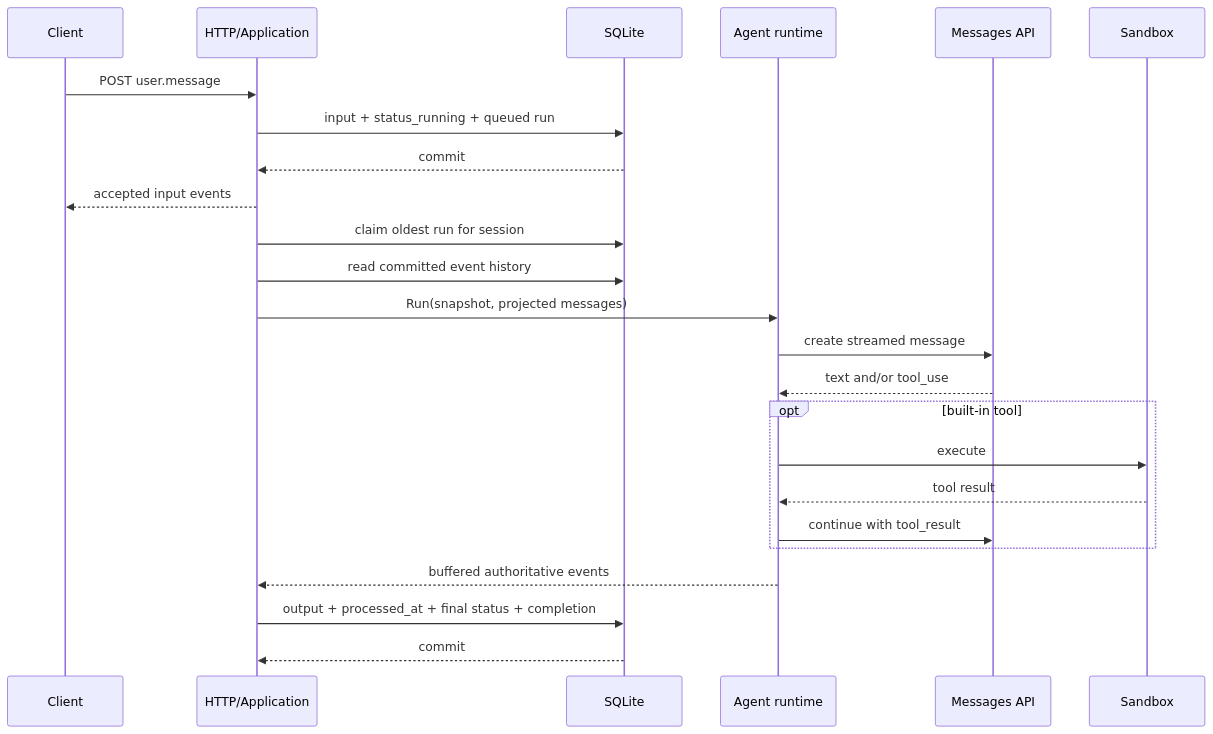
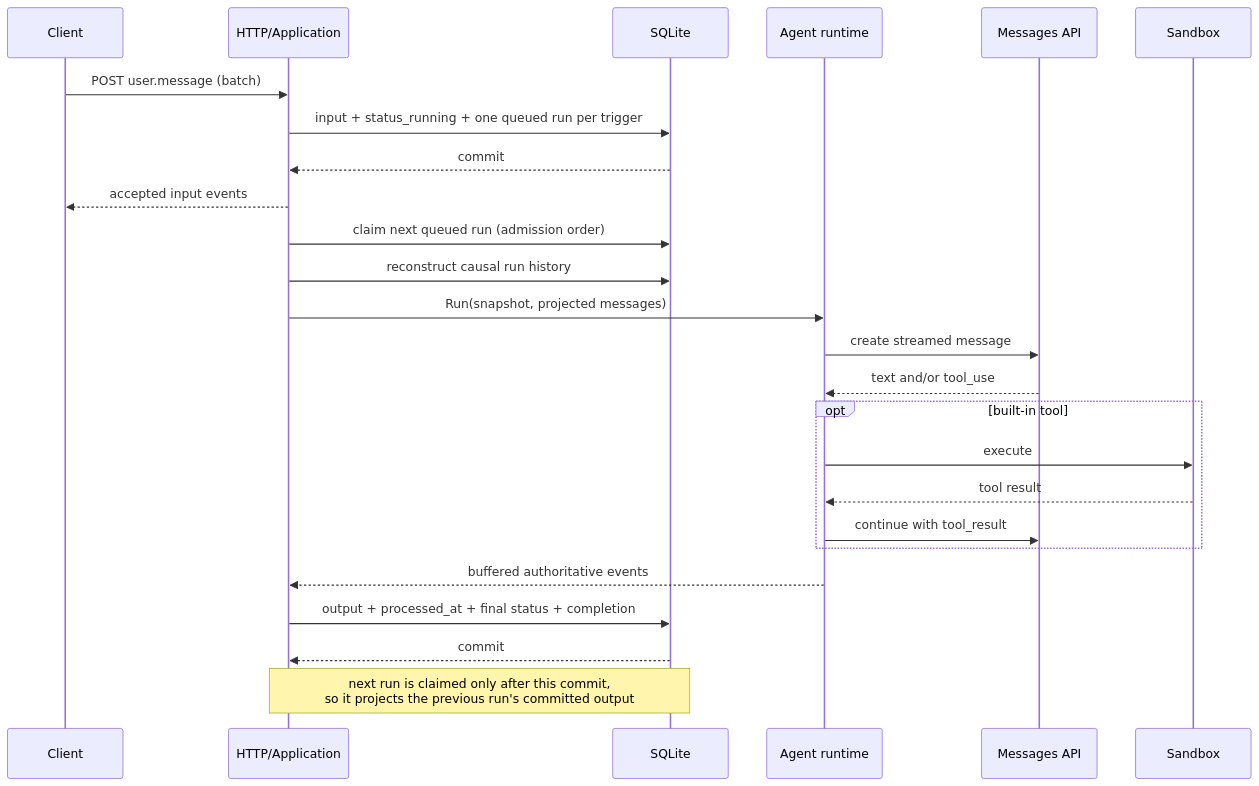
One commit to yanpgwang/managed-agent-go changed the second of 2 diagrams in docs/architecture/session-lifecycle.md. Above: the diagram before and after it, drawn with Mermaid. The commit also changed other lines of this file and 11 other files, not shown here.

Commit message:
feat: process session events as durable causal runs

````diff
--- a/docs/architecture/session-lifecycle.md
+++ b/docs/architecture/session-lifecycle.md
@@ -25,27 +25,28 @@
 ```mermaid
 sequenceDiagram
   participant C as Client
   participant A as HTTP/Application
   participant DB as SQLite
   participant R as Agent runtime
   participant M as Messages API
   participant S as Sandbox
 
-  C->>A: POST user.message
-  A->>DB: input + status_running + queued run
+  C->>A: POST user.message (batch)
+  A->>DB: input + status_running + one queued run per trigger
   DB-->>A: commit
   A-->>C: accepted input events
-  A->>DB: claim oldest run for session
-  A->>DB: read committed event history
+  A->>DB: claim next queued run (admission order)
+  A->>DB: reconstruct causal run history
   A->>R: Run(snapshot, projected messages)
   R->>M: create streamed message
   M-->>R: text and/or tool_use
   opt built-in tool
     R->>S: execute
     S-->>R: tool result
     R->>M: continue with tool_result
   end
   R-->>A: buffered authoritative events
   A->>DB: output + processed_at + final status + completion
   DB-->>A: commit
+  Note over A,DB: next run is claimed only after this commit,<br/>so it projects the previous run's committed output
 ```
````
